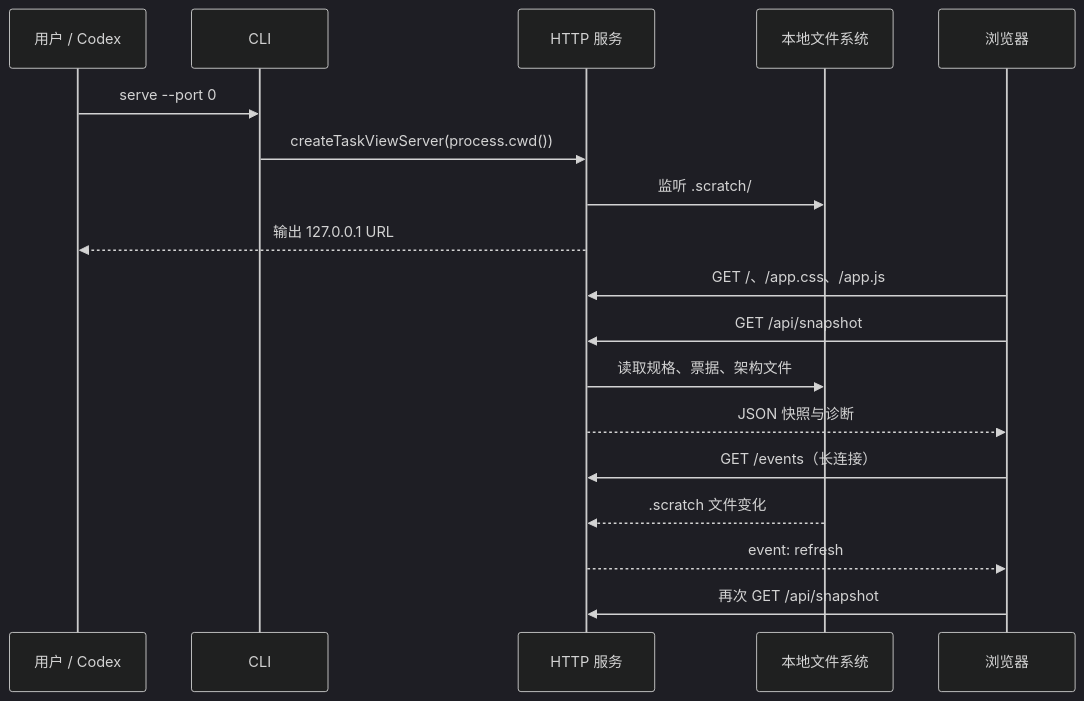
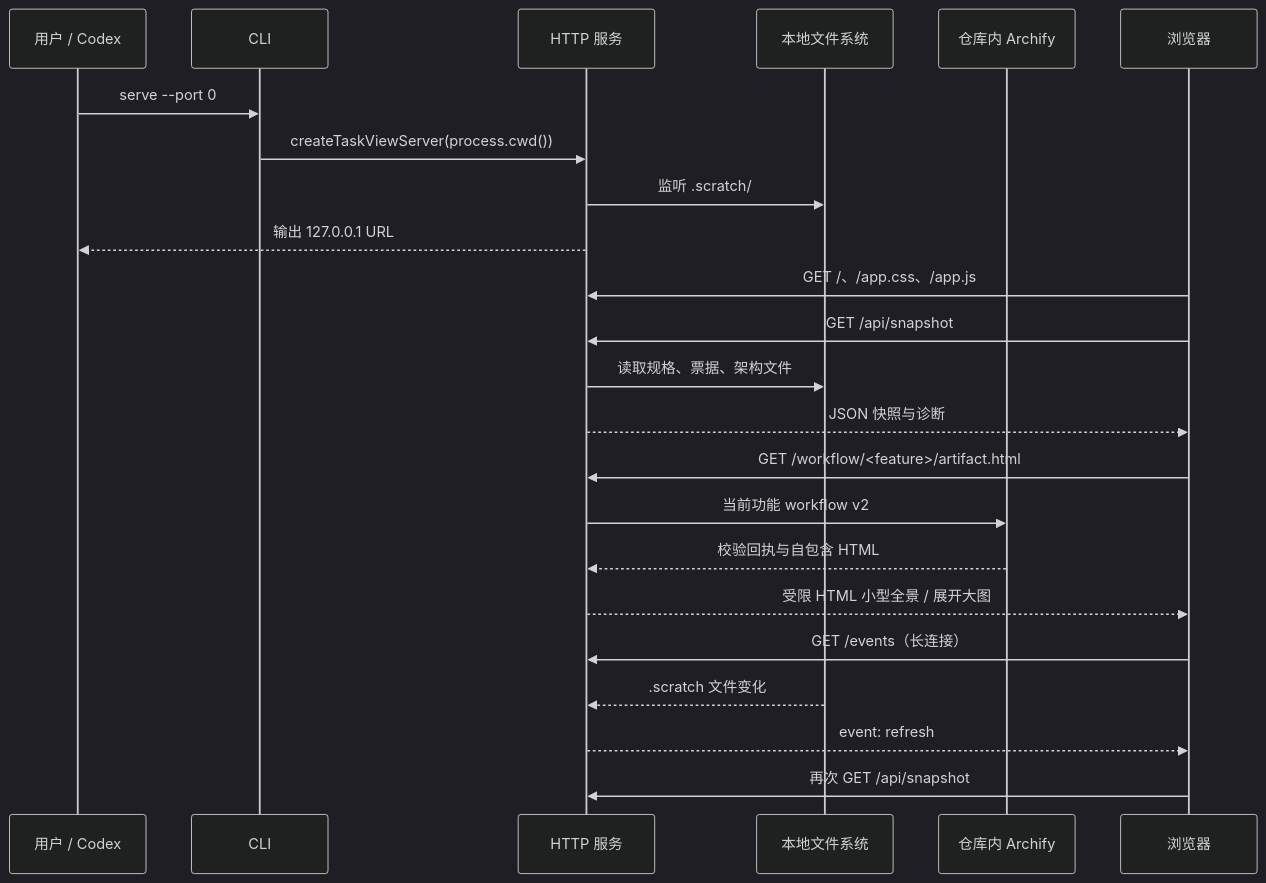
Before and after one commit to Zziy-Q/matt-task-view: the diagram in docs/认证与请求流程.md, drawn with Mermaid (dark theme). The commit also changed other lines of this file and 70 other files, not shown here.

Commit message:
Add Archify feature diagrams and collapsible task groups

````diff
--- a/docs/认证与请求流程.md
+++ b/docs/认证与请求流程.md
@@ -19,20 +20,25 @@
 ```mermaid
 sequenceDiagram
     participant U as 用户 / Codex
     participant C as CLI
     participant S as HTTP 服务
     participant F as 本地文件系统
+    participant A as 仓库内 Archify
     participant B as 浏览器
     U->>C: serve --port 0
     C->>S: createTaskViewServer(process.cwd())
     S->>F: 监听 .scratch/
     S-->>U: 输出 127.0.0.1 URL
     B->>S: GET /、/app.css、/app.js
     B->>S: GET /api/snapshot
     S->>F: 读取规格、票据、架构文件
     S-->>B: JSON 快照与诊断
+    B->>S: GET /workflow/<feature>/artifact.html
+    S->>A: 当前功能 workflow v2
+    A-->>S: 校验回执与自包含 HTML
+    S-->>B: 受限 HTML 小型全景 / 展开大图
     B->>S: GET /events（长连接）
     F-->>S: .scratch 文件变化
     S-->>B: event: refresh
     B->>S: 再次 GET /api/snapshot
 ```
````
